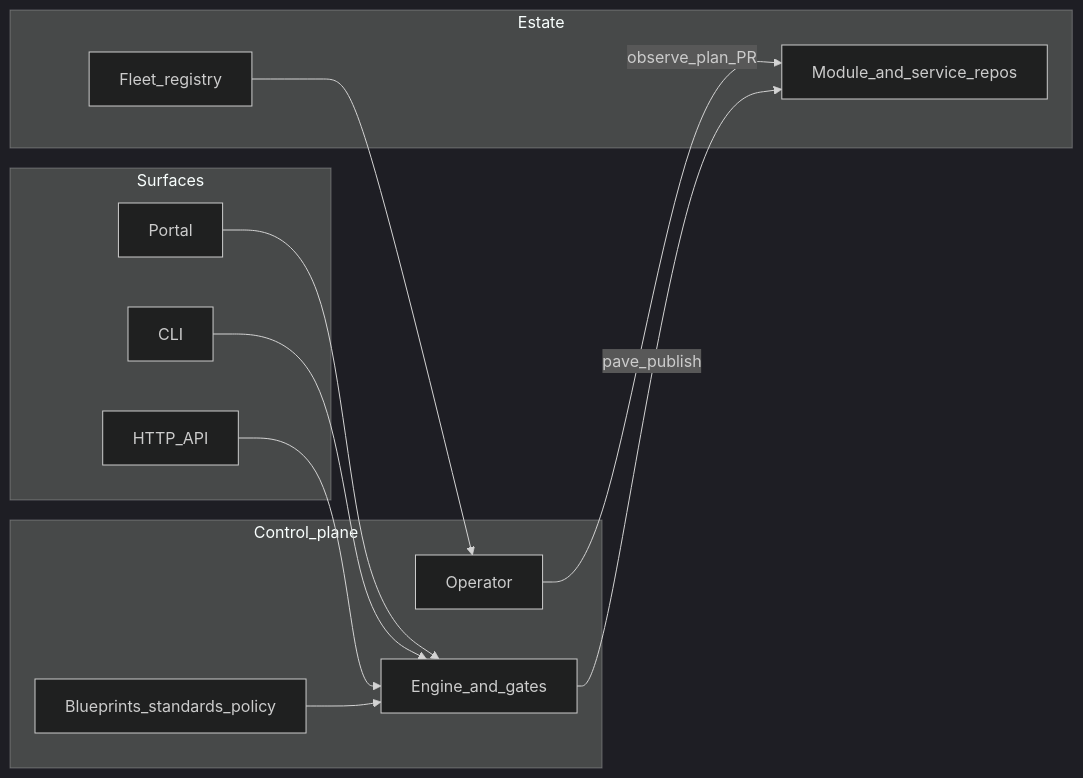
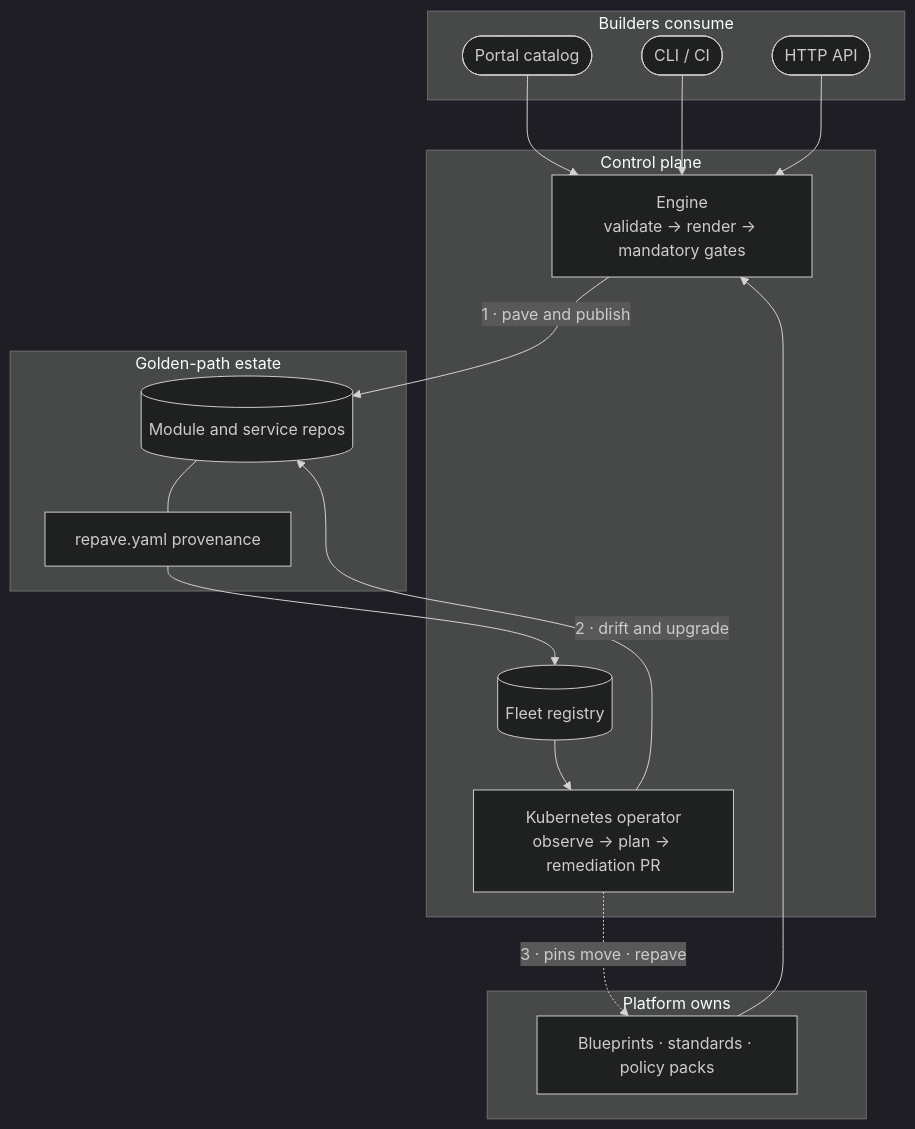
The first of 3 diagrams in README.md (opsdevcode/repave), drawn with Mermaid (dark theme) before and after one commit. The commit also changed other lines of this file and 2 other files, not shown here.

Commit message:
docs: enrich IDP mermaid diagrams for pave and repave
Replace flat box chains with layered architecture, numbered pave/drift
loops, and a today-to-v3 evolution view in README, Concepts, and
operator overview.

````diff
--- a/README.md
+++ b/README.md
@@ -39,24 +39,34 @@
 ```mermaid
-flowchart LR
-  subgraph surfaces [Surfaces]
-    Portal[Portal]
-    CLI[CLI]
-    API[HTTP_API]
+flowchart TB
+  subgraph consume [Builders consume]
+    Portal(["Portal catalog"])
+    CLI(["CLI / CI"])
+    API(["HTTP API"])
   end
-  subgraph control [Control_plane]
-    Engine[Engine_and_gates]
-    Corpus[Blueprints_standards_policy]
-    Op[Operator]
+
+  subgraph own [Platform owns]
+    Packs["Blueprints · standards · policy packs"]
   end
-  subgraph estate [Estate]
-    Repos[Module_and_service_repos]
-    Fleet[Fleet_registry]
+
+  subgraph plane [Control plane]
+    Engine["Engine<br/>validate → render → mandatory gates"]
+    Operator["Kubernetes operator<br/>observe → plan → remediation PR"]
+    Registry[("Fleet registry")]
   end
+
+  subgraph estate [Golden-path estate]
+    Repos[("Module and service repos")]
+    Lineage["repave.yaml provenance"]
+  end
+
   Portal --> Engine
   CLI --> Engine
   API --> Engine
-  Corpus --> Engine
-  Engine -->|pave_publish| Repos
-  Op -->|observe_plan_PR| Repos
-  Fleet --> Op
+  Packs --> Engine
+  Engine -->|"1 · pave and publish"| Repos
+  Repos --- Lineage
+  Lineage --> Registry
+  Registry --> Operator
+  Operator -->|"2 · drift and upgrade"| Repos
+  Operator -.->|"3 · pins move · repave"| Packs
 ```
````
